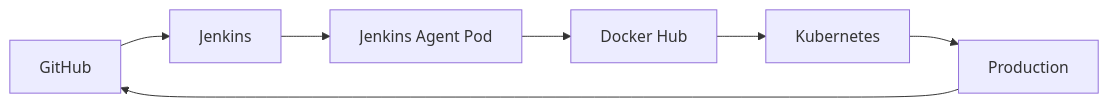
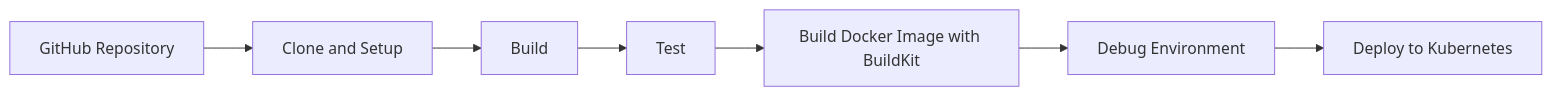
Before and after one commit to Vinskao/ty-multiverse-backend: diagram 16 of 16 in README.md, drawn with Mermaid. The commit also changed other lines of this file, not shown here.

Commit message:
更新了流程圖，現在完全匹配 Jenkinsfile 中的實際 stage 名稱

````diff
--- a/README.md
+++ b/README.md
@@ -712,9 +714,13 @@
 ```mermaid
 graph LR
-    A[GitHub] --> B[Jenkins]
-    B --> C[Jenkins Agent Pod]
-    C --> D[Docker Hub]
-    D --> E[Kubernetes]
-    E --> F[Production]
-    F --> A
+    A[GitHub Repository] --> B[Clone and Setup]
+    B --> C[Build]
+    C --> D[Test]
+    D --> E[Build Docker Image with BuildKit]
+    E --> F[Debug Environment]
+    F --> G[Deploy to Kubernetes]
+    
+
+    
+
 ```
````
